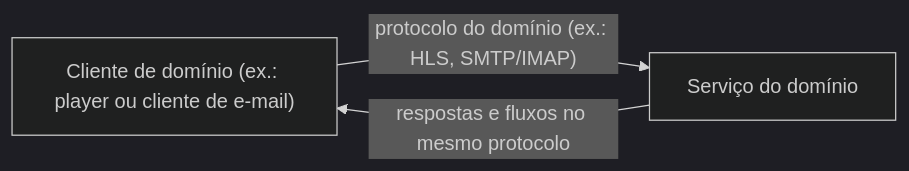
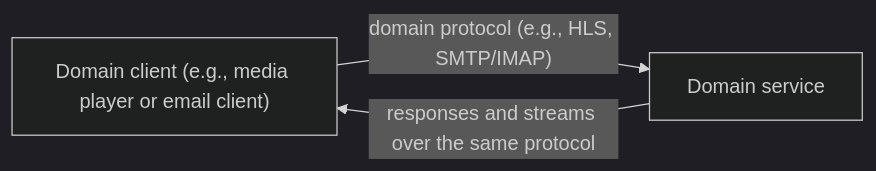
Before and after one commit to alancesar/design-patterns: the diagram in docs/architecture/microservices/communication-styles/domain-specific-protocol.md, drawn with Mermaid (dark theme). The commit also changed 258 other files, not shown here.

First line of the commit message:
Translate Mermaid diagrams to English

````diff
--- a/docs/architecture/microservices/communication-styles/domain-specific-protocol.md
+++ b/docs/architecture/microservices/communication-styles/domain-specific-protocol.md
@@ -48,5 +48,5 @@
 ```mermaid
 flowchart LR
-    C["Cliente de domínio (ex.: player ou cliente de e-mail)"] -->|"protocolo do domínio (ex.: HLS, SMTP/IMAP)"| S["Serviço do domínio"]
-    S -->|"respostas e fluxos no mesmo protocolo"| C
+    C["Domain client (e.g., media player or email client)"] -->|"domain protocol (e.g., HLS, SMTP/IMAP)"| S["Domain service"]
+    S -->|"responses and streams over the same protocol"| C
 ```
````
